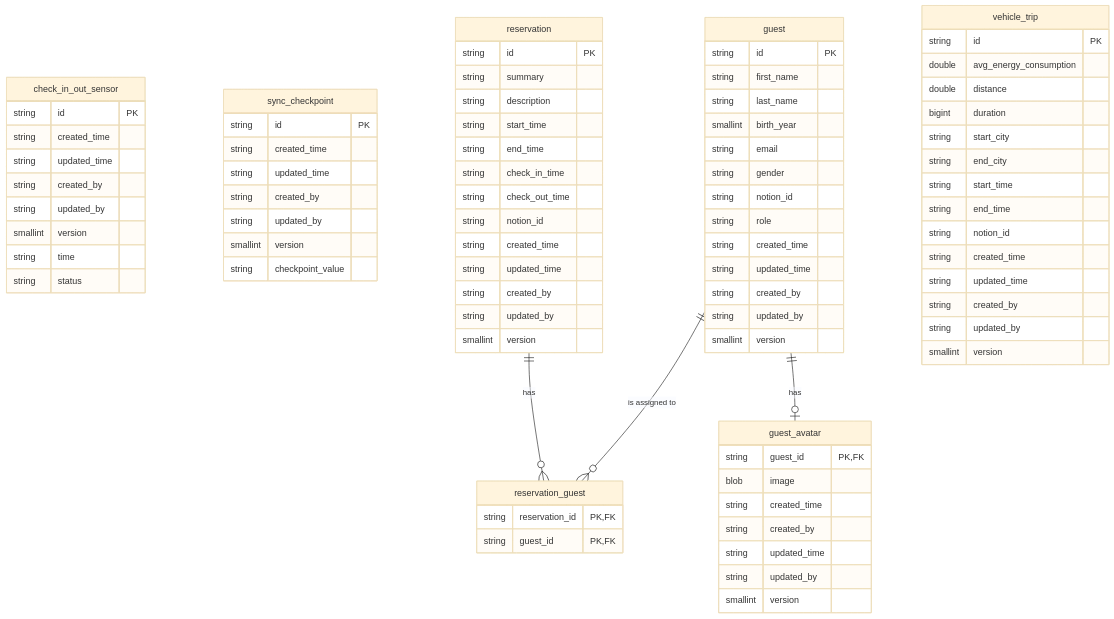
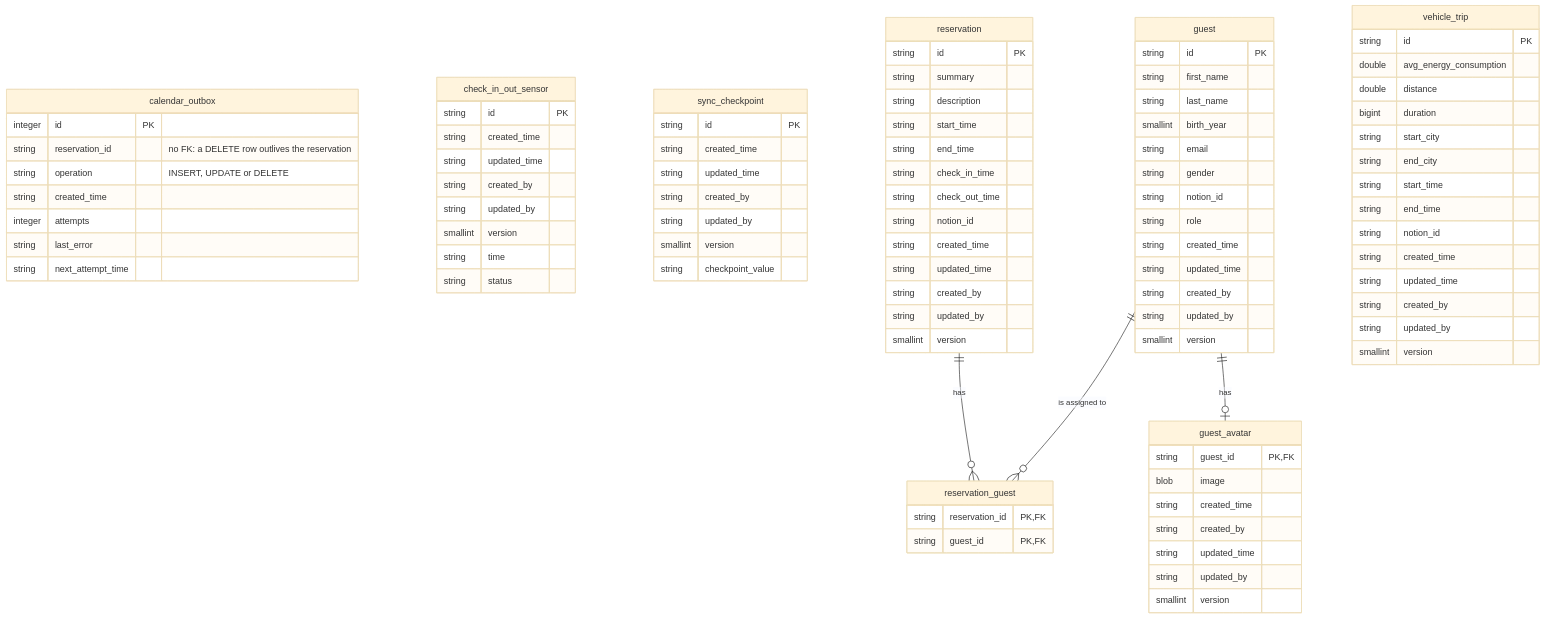
Before and after one commit to ismarslomic/cabin-visits-kotlin: the diagram in docs/database_schema.md, drawn with Mermaid (base theme). The commit also changed other lines of this file and 22 other files, not shown here.

First line of the commit message:
feat(reservations): repository write methods and calendar outbox foundation

````diff
--- a/docs/database_schema.md
+++ b/docs/database_schema.md
@@ -3,5 +3,15 @@
 ```mermaid
 erDiagram
+    calendar_outbox {
+        integer id PK
+        string reservation_id "no FK: a DELETE row outlives the reservation"
+        string operation "INSERT, UPDATE or DELETE"
+        string created_time
+        integer attempts
+        string last_error
+        string next_attempt_time
+    }
+
     check_in_out_sensor {
         string id PK
         string created_time
````
